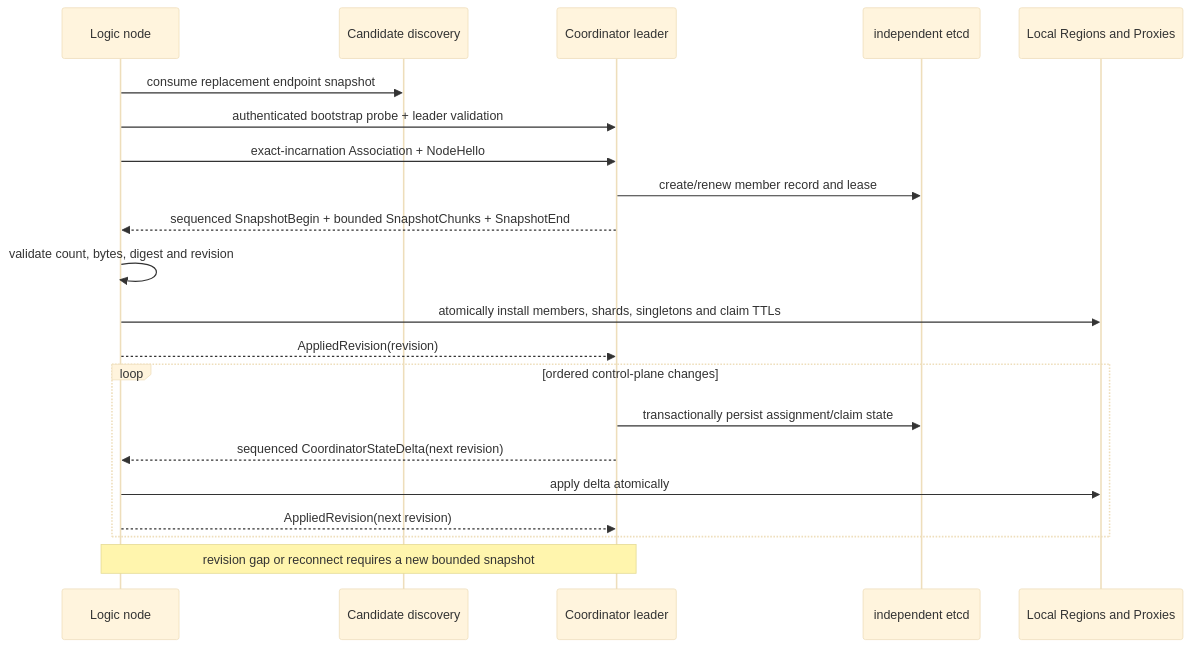
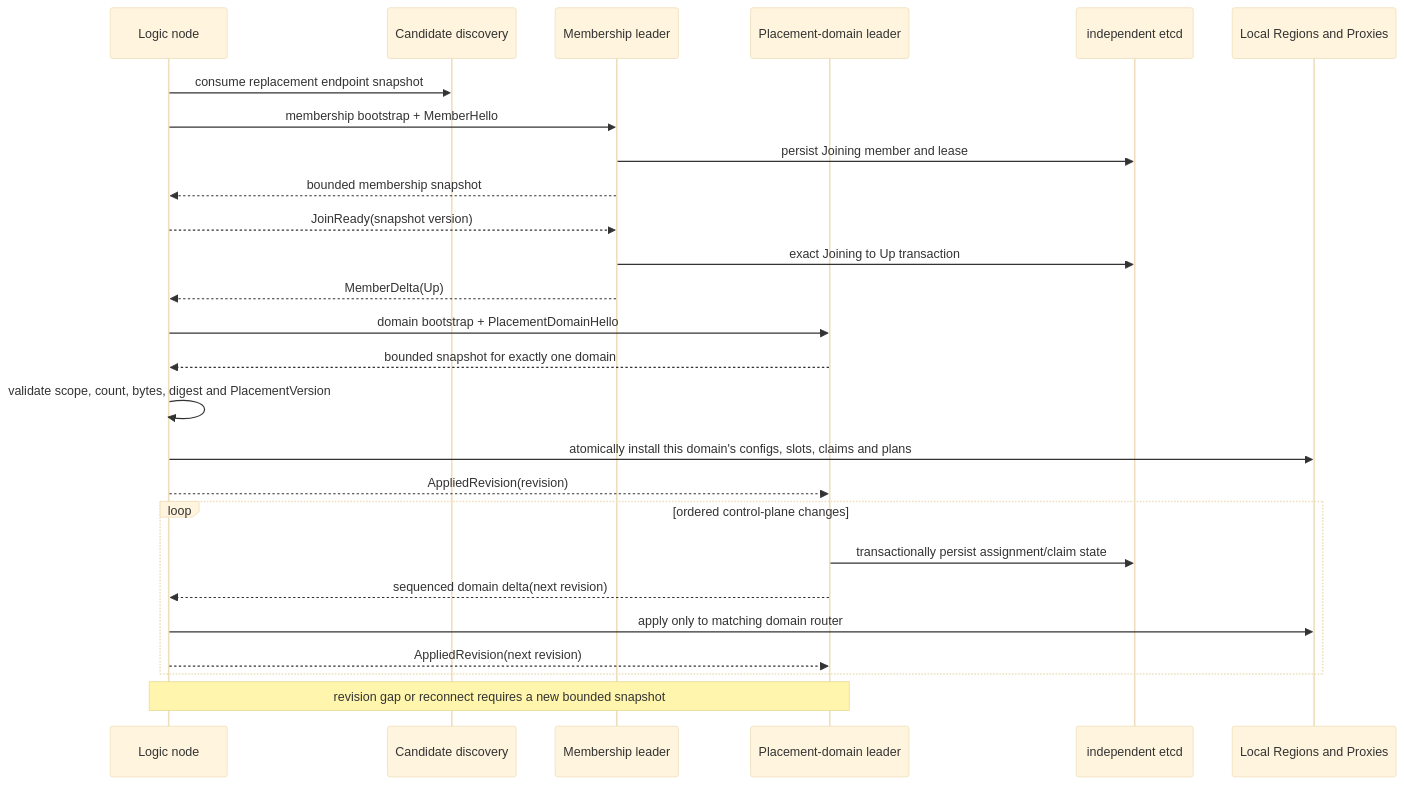
Before and after one commit to realm-labs/lattice: the fourth of 11 diagrams in docs/architecture/00-overview.md, drawn with Mermaid (base theme). The commit also changed other lines of this file and 27 other files, not shown here.

Commit message:
test(placement): complete coordinator domain hard switch

````diff
--- a/docs/architecture/00-overview.md
+++ b/docs/architecture/00-overview.md
@@ -333,26 +340,31 @@
 ```mermaid
 sequenceDiagram
     participant N as Logic node
     participant D as Candidate discovery
-    participant C as Coordinator leader
+    participant M as Membership leader
+    participant C as Placement-domain leader
     participant E as independent etcd
     participant R as Local Regions and Proxies
 
     N->>D: consume replacement endpoint snapshot
-    N->>C: authenticated bootstrap probe + leader validation
-    N->>C: exact-incarnation Association + NodeHello
-    C->>E: create/renew member record and lease
-    C-->>N: sequenced SnapshotBegin + bounded SnapshotChunks + SnapshotEnd
-    N->>N: validate count, bytes, digest and revision
-    N->>R: atomically install members, shards, singletons and claim TTLs
+    N->>M: membership bootstrap + MemberHello
+    M->>E: persist Joining member and lease
+    M-->>N: bounded membership snapshot
+    N-->>M: JoinReady(snapshot version)
+    M->>E: exact Joining to Up transaction
+    M-->>N: MemberDelta(Up)
+    N->>C: domain bootstrap + PlacementDomainHello
+    C-->>N: bounded snapshot for exactly one domain
+    N->>N: validate scope, count, bytes, digest and PlacementVersion
+    N->>R: atomically install this domain's configs, slots, claims and plans
     N-->>C: AppliedRevision(revision)
 
     loop ordered control-plane changes
         C->>E: transactionally persist assignment/claim state
-        C-->>N: sequenced CoordinatorStateDelta(next revision)
-        N->>R: apply delta atomically
+        C-->>N: sequenced domain delta(next revision)
+        N->>R: apply only to matching domain router
         N-->>C: AppliedRevision(next revision)
     end
 
     Note over N,C: revision gap or reconnect requires a new bounded snapshot
 ```
````
